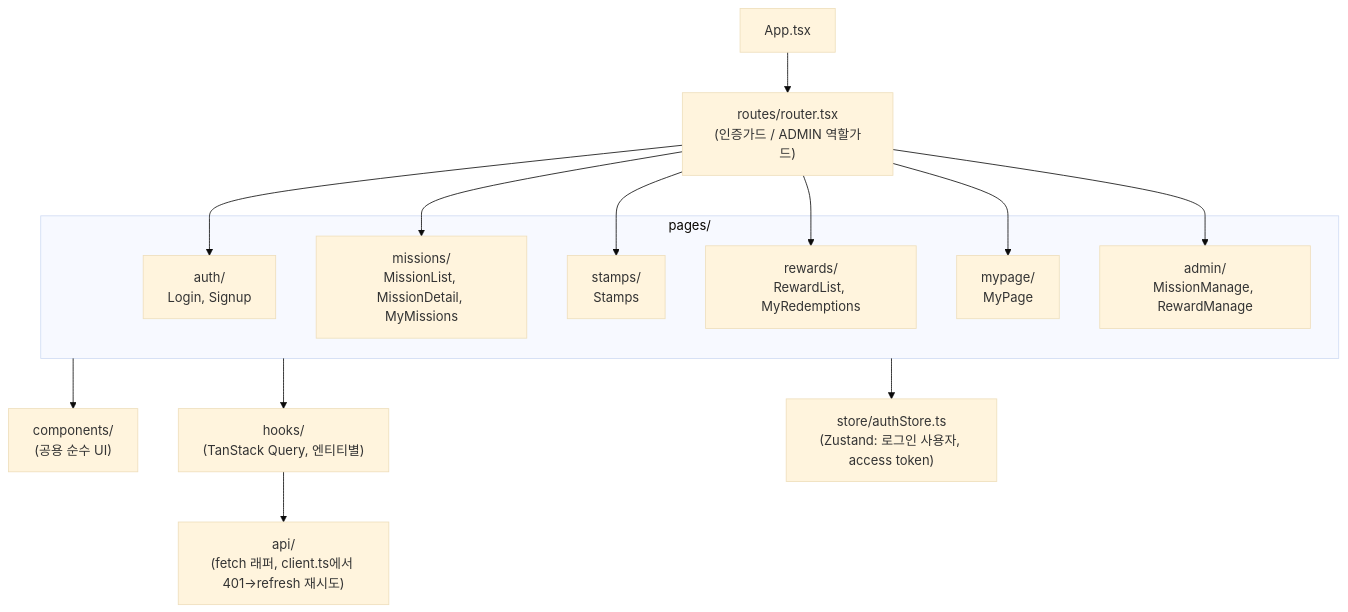
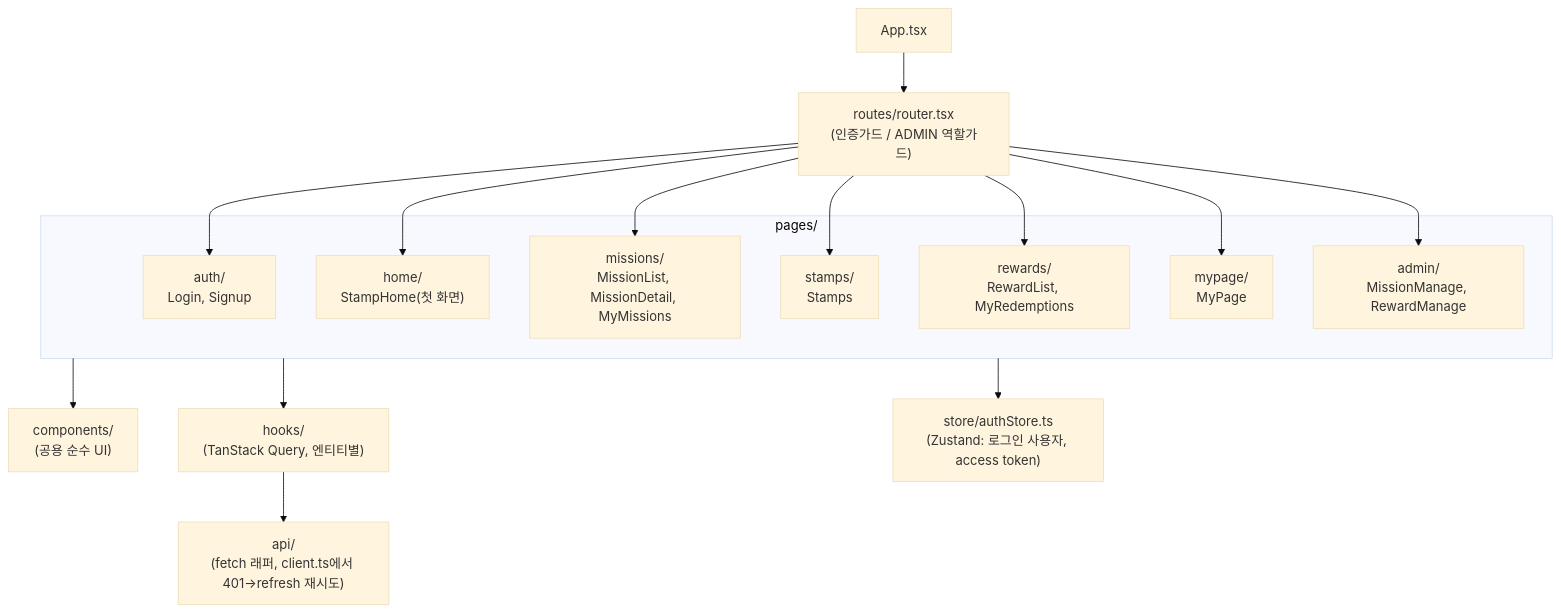
Before and after one commit to liah123/b2b-promo: the second of 2 diagrams in docs/6-arch-diagram.md, drawn with Mermaid (base theme). The commit also changed other lines of this file and 6 other files, not shown here.

````diff
--- a/docs/6-arch-diagram.md
+++ b/docs/6-arch-diagram.md
@@ -54,25 +54,27 @@
 ```mermaid
 flowchart TB
     App["App.tsx"] --> Router["routes/router.tsx<br/>(인증가드 / ADMIN 역할가드)"]
 
     subgraph Pages["pages/"]
         AuthPages["auth/<br/>Login, Signup"]
+        HomePage["home/<br/>StampHome(첫 화면)"]
         MissionPages["missions/<br/>MissionList, MissionDetail, MyMissions"]
         StampPages["stamps/<br/>Stamps"]
         RewardPages["rewards/<br/>RewardList, MyRedemptions"]
         MyPage["mypage/<br/>MyPage"]
         AdminPages["admin/<br/>MissionManage, RewardManage"]
     end
 
     Router --> AuthPages
+    Router --> HomePage
     Router --> MissionPages
     Router --> StampPages
     Router --> RewardPages
     Router --> MyPage
     Router --> AdminPages
 
     Pages --> Components["components/<br/>(공용 순수 UI)"]
     Pages --> Hooks["hooks/<br/>(TanStack Query, 엔티티별)"]
     Hooks --> Api["api/<br/>(fetch 래퍼, client.ts에서 401→refresh 재시도)"]
     Pages --> Store["store/authStore.ts<br/>(Zustand: 로그인 사용자, access token)"]
 ```
````
